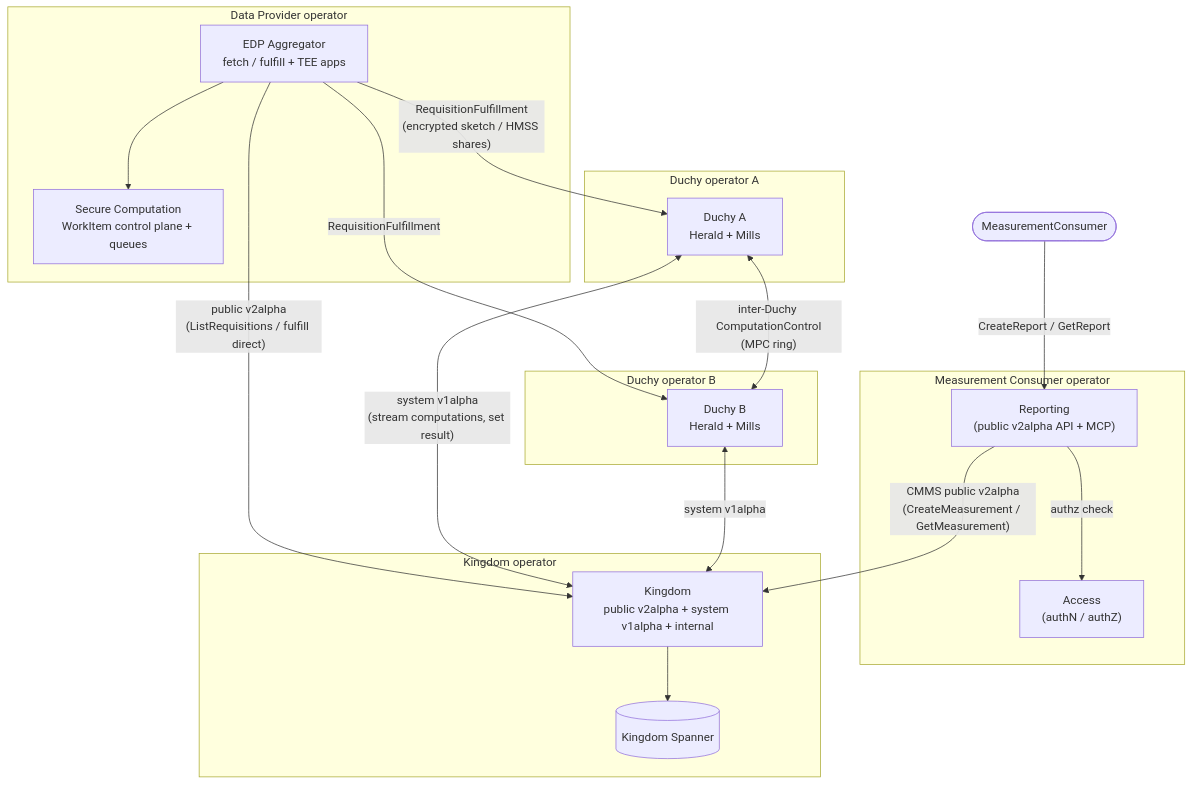
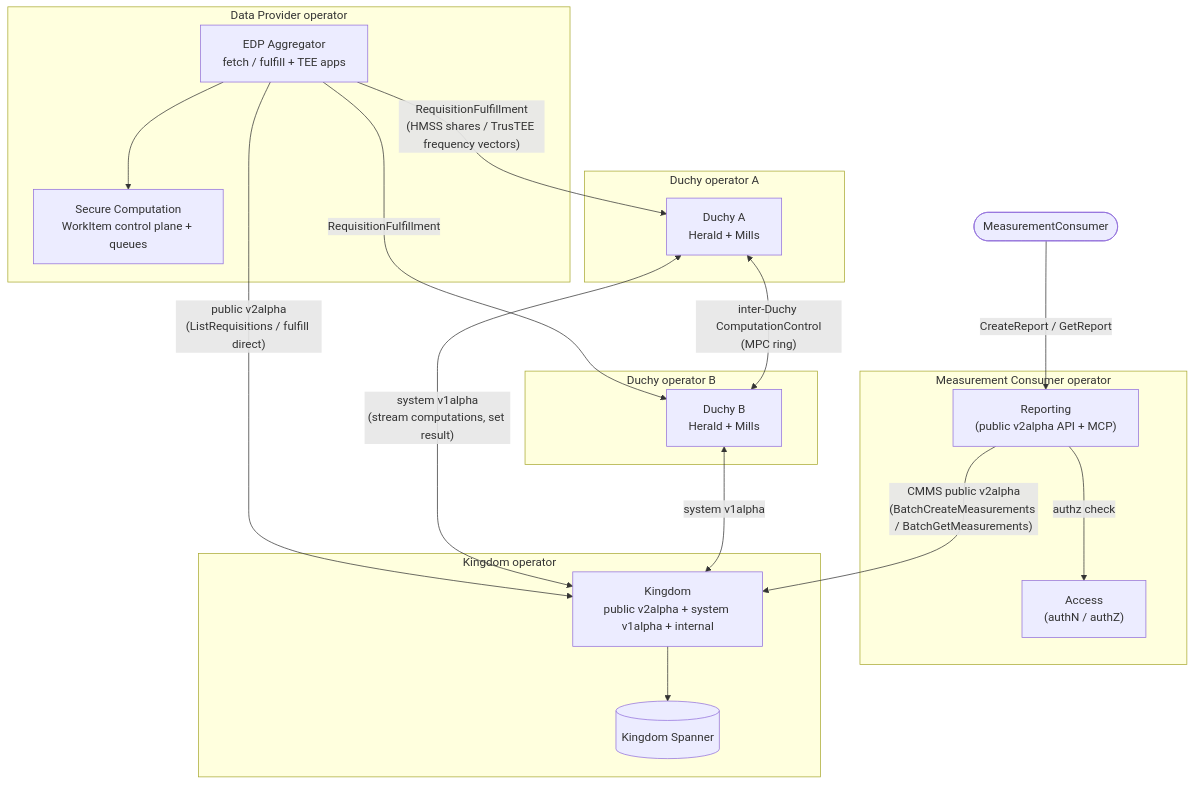
Before and after one commit to world-federation-of-advertisers/cross-media-measurement: the diagram in docs/architecture/README.md, drawn with Mermaid. The commit also changed 16 other files, not shown here.

````diff
--- a/docs/architecture/README.md
+++ b/docs/architecture/README.md
@@ -28,38 +28,38 @@
 ```mermaid
 flowchart TB
   MC(["MeasurementConsumer"])
 
   subgraph MCOP["Measurement Consumer operator"]
     REP["Reporting<br/>(public v2alpha API + MCP)"]
     ACC["Access<br/>(authN / authZ)"]
   end
 
   subgraph KOP["Kingdom operator"]
     K["Kingdom<br/>public v2alpha + system v1alpha + internal"]
     KDB[("Kingdom Spanner")]
     K --> KDB
   end
 
   subgraph EDPOP["Data Provider operator"]
     EDPA["EDP Aggregator<br/>fetch / fulfill + TEE apps"]
     SC["Secure Computation<br/>WorkItem control plane + queues"]
     EDPA --> SC
   end
 
   subgraph DOP1["Duchy operator A"]
     D1["Duchy A<br/>Herald + Mills"]
   end
   subgraph DOP2["Duchy operator B"]
     D2["Duchy B<br/>Herald + Mills"]
   end
 
   MC -->|"CreateReport / GetReport"| REP
   REP -->|"authz check"| ACC
-  REP -->|"CMMS public v2alpha<br/>(CreateMeasurement / GetMeasurement)"| K
+  REP -->|"CMMS public v2alpha<br/>(BatchCreateMeasurements / BatchGetMeasurements)"| K
   EDPA -->|"public v2alpha<br/>(ListRequisitions / fulfill direct)"| K
-  EDPA -->|"RequisitionFulfillment<br/>(encrypted sketch / HMSS shares)"| D1
+  EDPA -->|"RequisitionFulfillment<br/>(HMSS shares / TrusTEE frequency vectors)"| D1
   EDPA -->|"RequisitionFulfillment"| D2
   D1 <-->|"system v1alpha<br/>(stream computations, set result)"| K
   D2 <-->|"system v1alpha"| K
   D1 <-->|"inter-Duchy ComputationControl<br/>(MPC ring)"| D2
 ```
````
